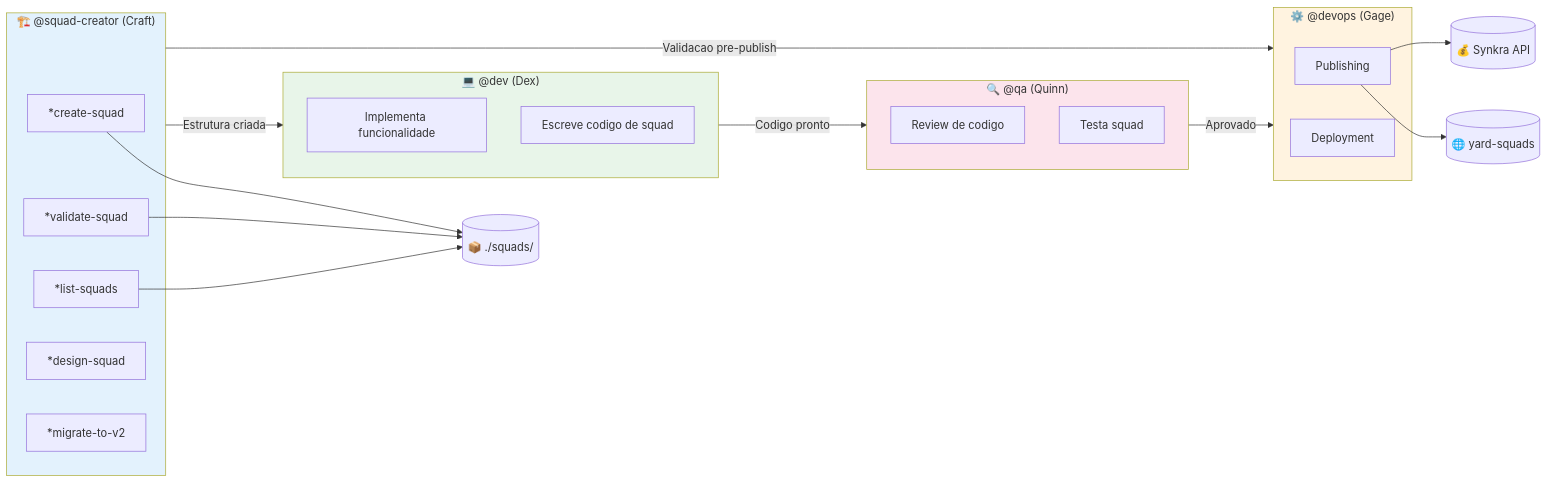
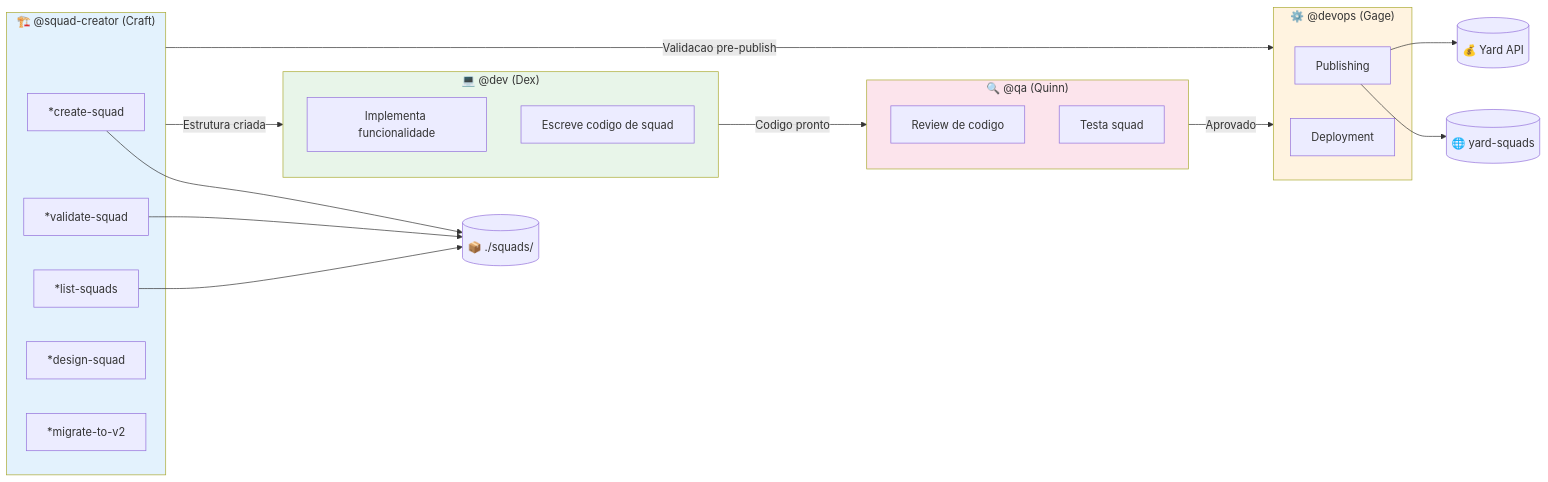
One commit to ernesto-langa/yard-core changed the fifth of 6 diagrams in docs/aiox-agent-flows/squad-creator-system.md. Above: the diagram before and after it, drawn with Mermaid. The commit also changed other lines of this file and 308 other files, not shown here.

````diff
--- a/docs/aiox-agent-flows/squad-creator-system.md
+++ b/docs/aiox-agent-flows/squad-creator-system.md
@@ -427,45 +427,45 @@
 ```mermaid
 flowchart LR
     subgraph SQUAD_CREATOR["🏗️ @squad-creator (Craft)"]
         SC_CREATE["*create-squad"]
         SC_VALIDATE["*validate-squad"]
         SC_LIST["*list-squads"]
         SC_DESIGN["*design-squad"]
         SC_MIGRATE["*migrate-to-v2"]
     end
 
     subgraph DEV["💻 @dev (Dex)"]
         DEV_IMPL["Implementa funcionalidade"]
         DEV_CODE["Escreve codigo de squad"]
     end
 
     subgraph QA["🔍 @qa (Quinn)"]
         QA_REVIEW["Review de codigo"]
         QA_TEST["Testa squad"]
     end
 
     subgraph DEVOPS["⚙️ @devops (Gage)"]
         DEVOPS_PUB["Publishing"]
         DEVOPS_DEPLOY["Deployment"]
     end
 
     SQUAD_CREATOR -->|"Estrutura criada"| DEV
     DEV -->|"Codigo pronto"| QA
     QA -->|"Aprovado"| DEVOPS
     SQUAD_CREATOR -->|"Validacao pre-publish"| DEVOPS
 
     SQUADS[("📦 ./squads/")]
     YARD_SQUADS[("🌐 yard-squads")]
-    SYNKRA[("💰 Synkra API")]
+    SYNKRA[("💰 Yard API")]
 
     SC_CREATE --> SQUADS
     SC_VALIDATE --> SQUADS
     SC_LIST --> SQUADS
     DEVOPS_PUB --> YARD_SQUADS
     DEVOPS_PUB --> SYNKRA
 
     style SQUAD_CREATOR fill:#e3f2fd
     style DEV fill:#e8f5e9
     style QA fill:#fce4ec
     style DEVOPS fill:#fff3e0
 ```
````
